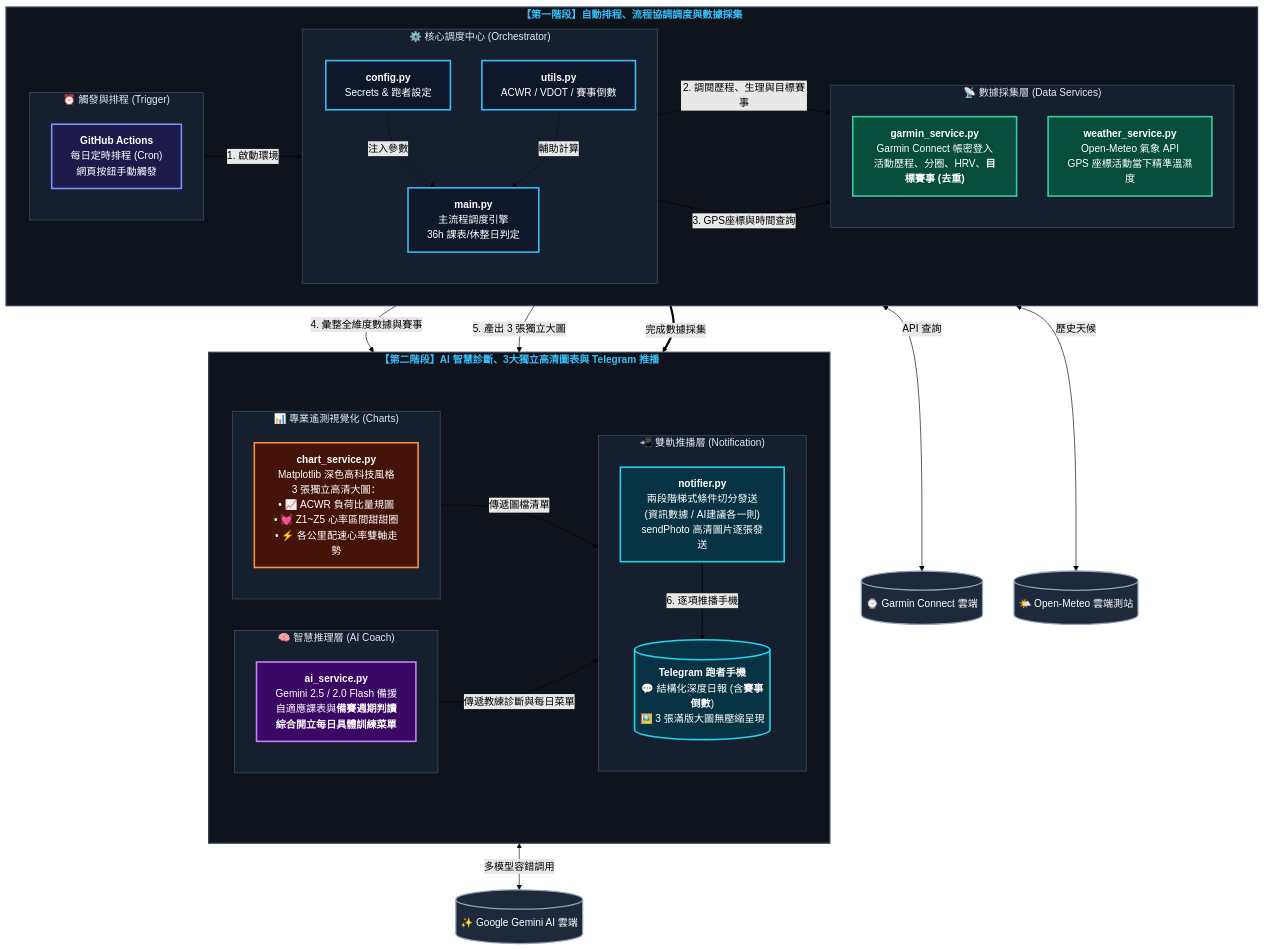
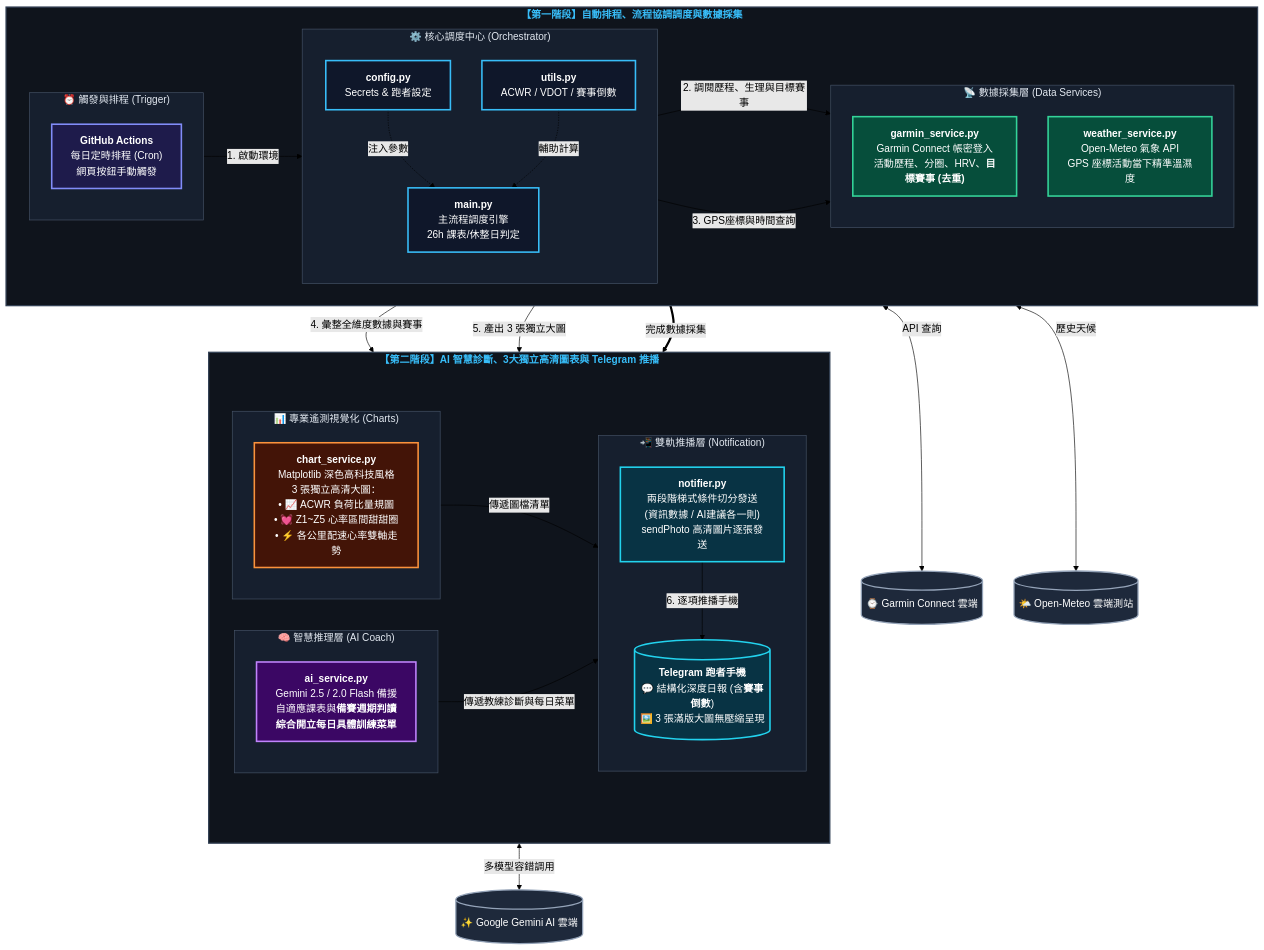
One commit to flin1009/AI_Coach changed the diagram in README.md. Above: the diagram before and after it, drawn with Mermaid (forest theme). The commit also changed 4 other files, not shown here.

```diff
--- a/README.md
+++ b/README.md
@@ -36,7 +36,7 @@
 
         subgraph G_CORE["⚙️ 核心調度中心 (Orchestrator)"]
             direction TB
-            MAIN["<b>main.py</b><br/>主流程調度引擎<br/>36h 課表/休整日判定"]
+            MAIN["<b>main.py</b><br/>主流程調度引擎<br/>26h 課表/休整日判定"]
             CONF["<b>config.py</b><br/>Secrets & 跑者設定"]
             UTIL["<b>utils.py</b><br/>ACWR / VDOT / 賽事倒數"]
         end
```
